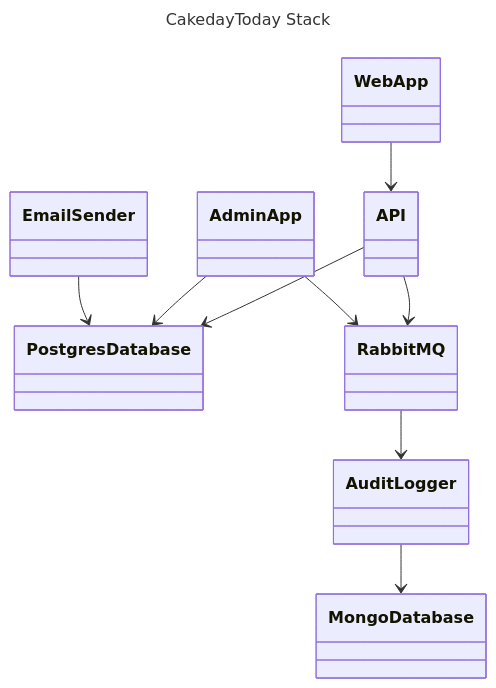
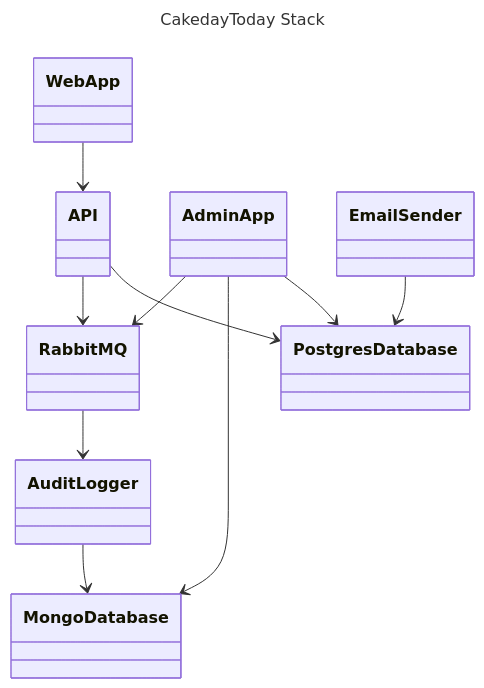
One commit to yigitsadic/birthdayproject changed the diagram in README.md. Above: the diagram before and after it, drawn with Mermaid.

````diff
--- a/README.md
+++ b/README.md
@@ -16,16 +16,17 @@
 ```mermaid
 ---
 title: CakedayToday Stack
 ---
 
 classDiagram
 
 API --> Postgres Database
 Web App --> API
 Admin App --> Postgres Database
+Admin App --> Mongo Database
 Email Sender --> Postgres Database
 API --> RabbitMQ
 Admin App --> RabbitMQ
 RabbitMQ --> Audit Logger
 Audit Logger --> Mongo Database
 ```
````
